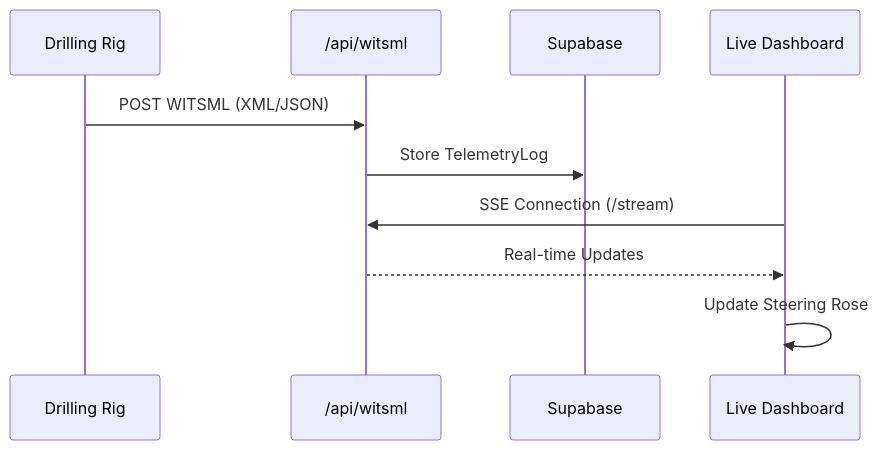
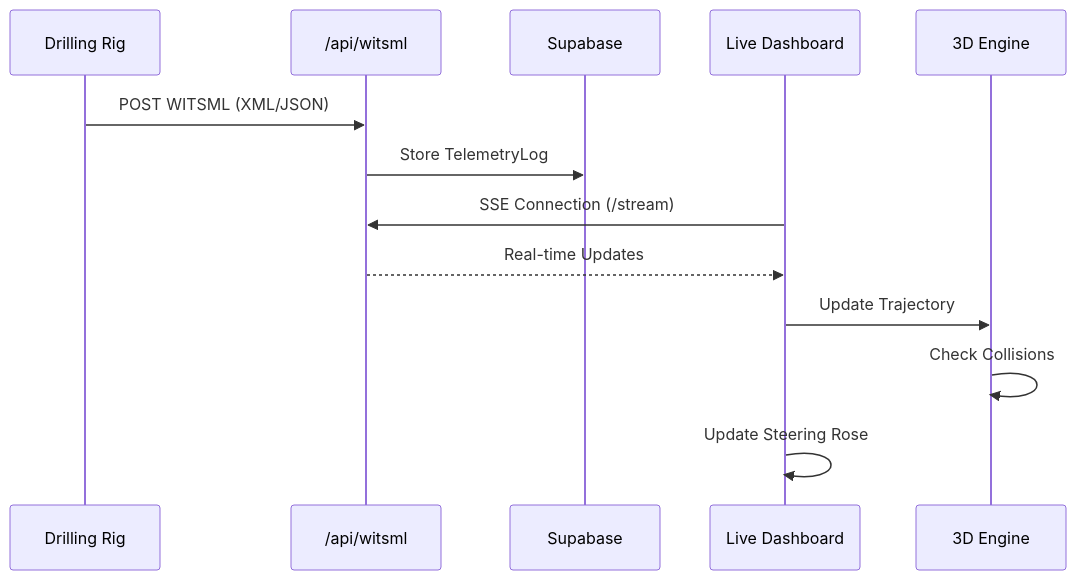
The second of 2 diagrams in README.md (nice-and-precise/MU), drawn with Mermaid before and after one commit. The commit also changed other lines of this file and 32 other files, not shown here.

````diff
--- a/README.md
+++ b/README.md
@@ -47,13 +53,16 @@
 ```mermaid
 sequenceDiagram
     participant Rig as Drilling Rig
     participant API as /api/witsml
     participant DB as Supabase
     participant UI as Live Dashboard
+    participant 3D as 3D Engine
     
     Rig->>API: POST WITSML (XML/JSON)
     API->>DB: Store TelemetryLog
     UI->>API: SSE Connection (/stream)
     API-->>UI: Real-time Updates
+    UI->>3D: Update Trajectory
+    3D->>3D: Check Collisions
     UI->>UI: Update Steering Rose
 ```
````
